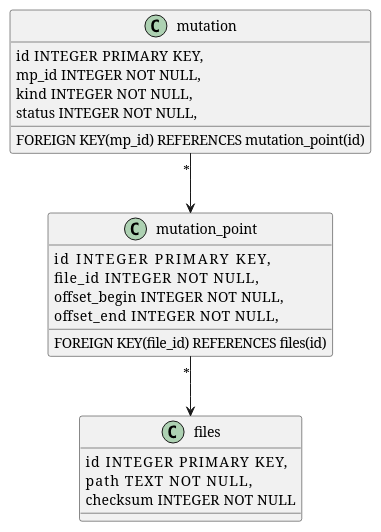
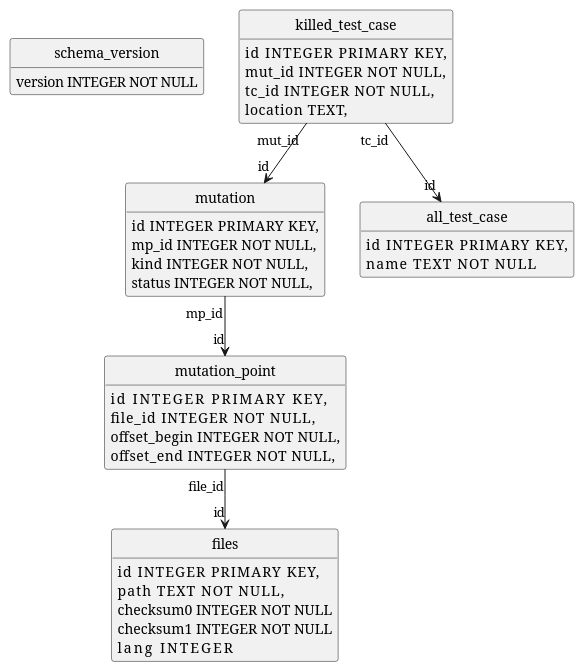
Before and after one commit to joakim-brannstrom/dextool: the diagram in plugin/mutate/doc/design/figures/database_schema.pu, drawn with PlantUML. The commit also changed 5 other files, not shown here.

```diff
--- a/plugin/mutate/doc/design/figures/database_schema.pu
+++ b/plugin/mutate/doc/design/figures/database_schema.pu
@@ -1,26 +1,46 @@
 @startuml
+hide circle
+hide methods
+
+class schema_version {
+    version INTEGER NOT NULL
+}
+
+class killed_test_case {
+    id          INTEGER PRIMARY KEY,
+    mut_id      INTEGER NOT NULL,
+    tc_id       INTEGER NOT NULL,
+    location    TEXT,
+}
+killed_test_case "mut_id" --> "id" mutation
+killed_test_case "tc_id" --> "id" all_test_case
+
+class all_test_case {
+    id          INTEGER PRIMARY KEY,
+    name        TEXT NOT NULL
+}
+
 class mutation {
     id      INTEGER PRIMARY KEY,
     mp_id   INTEGER NOT NULL,
     kind    INTEGER NOT NULL,
     status  INTEGER NOT NULL,
-    FOREIGN KEY(mp_id) REFERENCES mutation_point(id)
 }
+mutation "mp_id" --> "id" mutation_point
 
 class mutation_point {
     id              INTEGER PRIMARY KEY,
     file_id         INTEGER NOT NULL,
     offset_begin    INTEGER NOT NULL,
     offset_end      INTEGER NOT NULL,
-    FOREIGN KEY(file_id) REFERENCES files(id)
 }
+mutation_point "file_id" --> "id" files
 
 class files {
     id          INTEGER PRIMARY KEY,
     path        TEXT NOT NULL,
-    checksum    INTEGER NOT NULL
+    checksum0   INTEGER NOT NULL
+    checksum1   INTEGER NOT NULL
+    lang        INTEGER
 }
-
-mutation_point "*" --> files
-mutation "*" --> mutation_point
 @enduml
```
